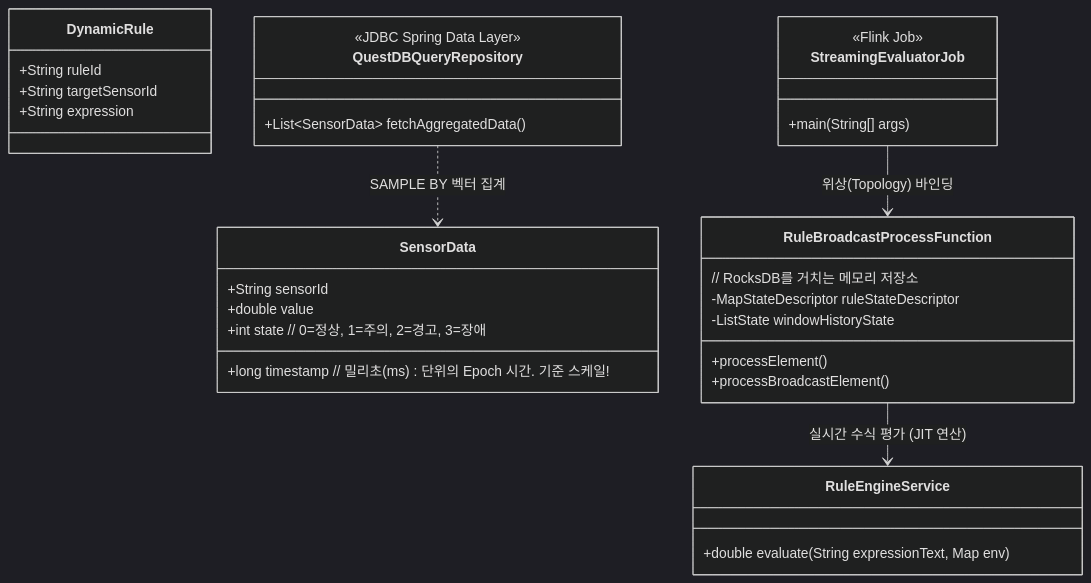
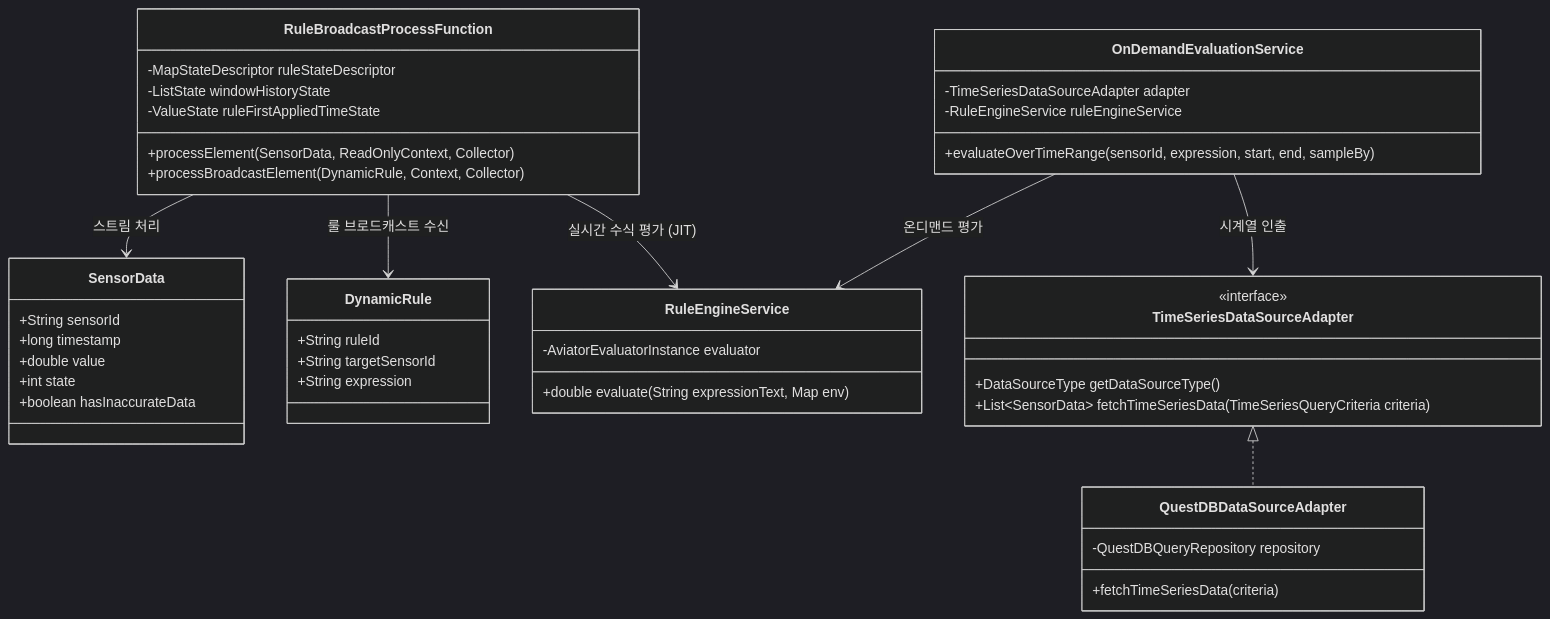
The second of 6 diagrams in ARCHITECTURE_GUIDE.md (imoil/formula-evaluator-service), drawn with Mermaid (dark theme) before and after one commit. The commit also changed other lines of this file and 2 other files, not shown here.

Commit message:
docs: update architecture guide, readme, and development harness for Gradle multi-module

````diff
--- a/ARCHITECTURE_GUIDE.md
+++ b/ARCHITECTURE_GUIDE.md
@@ -28,42 +88,54 @@
 ```mermaid
 classDiagram
     direction TB
     class SensorData {
         +String sensorId
-        +long timestamp // 밀리초(ms) 단위의 Epoch 시간. 기준 스케일!
+        +long timestamp
         +double value
-        +int state // 0=정상, 1=주의, 2=경고, 3=장애
+        +int state
+        +boolean hasInaccurateData
     }
-    
+
     class DynamicRule {
         +String ruleId
         +String targetSensorId
         +String expression
     }
 
     class RuleEngineService {
+        -AviatorEvaluatorInstance evaluator
         +double evaluate(String expressionText, Map env)
     }
 
-    class StreamingEvaluatorJob {
-        <<Flink Job>>
-        +main(String[] args)
+    class RuleBroadcastProcessFunction {
+        -MapStateDescriptor ruleStateDescriptor
+        -ListState windowHistoryState
+        -ValueState ruleFirstAppliedTimeState
+        +processElement(SensorData, ReadOnlyContext, Collector)
+        +processBroadcastElement(DynamicRule, Context, Collector)
     }
 
-    class RuleBroadcastProcessFunction {
-        // RocksDB를 거치는 메모리 저장소
-        -MapStateDescriptor ruleStateDescriptor 
-        -ListState windowHistoryState
-        +processElement()
-        +processBroadcastElement()
+    class TimeSeriesDataSourceAdapter {
+        <<interface>>
+        +DataSourceType getDataSourceType()
+        +List~SensorData~ fetchTimeSeriesData(TimeSeriesQueryCriteria criteria)
     }
 
-    class QuestDBQueryRepository {
-        <<JDBC Spring Data Layer>>
-        +List~SensorData~ fetchAggregatedData()
+    class QuestDBDataSourceAdapter {
+        -QuestDBQueryRepository repository
+        +fetchTimeSeriesData(criteria)
     }
 
-    StreamingEvaluatorJob --> RuleBroadcastProcessFunction : 위상(Topology) 바인딩
-    RuleBroadcastProcessFunction --> RuleEngineService : 실시간 수식 평가 (JIT 연산)
-    QuestDBQueryRepository ..> SensorData : SAMPLE BY 벡터 집계
+    class OnDemandEvaluationService {
+        -TimeSeriesDataSourceAdapter adapter
+        -RuleEngineService ruleEngineService
+        +evaluateOverTimeRange(sensorId, expression, start, end, sampleBy)
+    }
+
+    RuleBroadcastProcessFunction --> RuleEngineService : 실시간 수식 평가 (JIT)
+    RuleBroadcastProcessFunction --> SensorData : 스트림 처리
+    RuleBroadcastProcessFunction --> DynamicRule : 룰 브로드캐스트 수신
+    OnDemandEvaluationService --> TimeSeriesDataSourceAdapter : 시계열 인출
+    OnDemandEvaluationService --> RuleEngineService : 온디맨드 평가
+    TimeSeriesDataSourceAdapter <|.. QuestDBDataSourceAdapter
 ```
````
